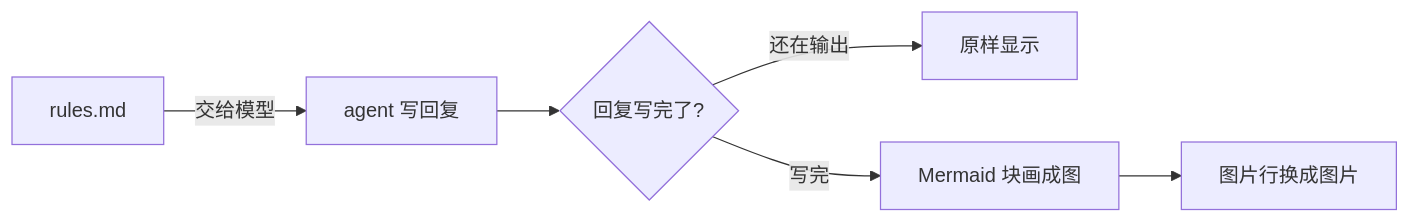
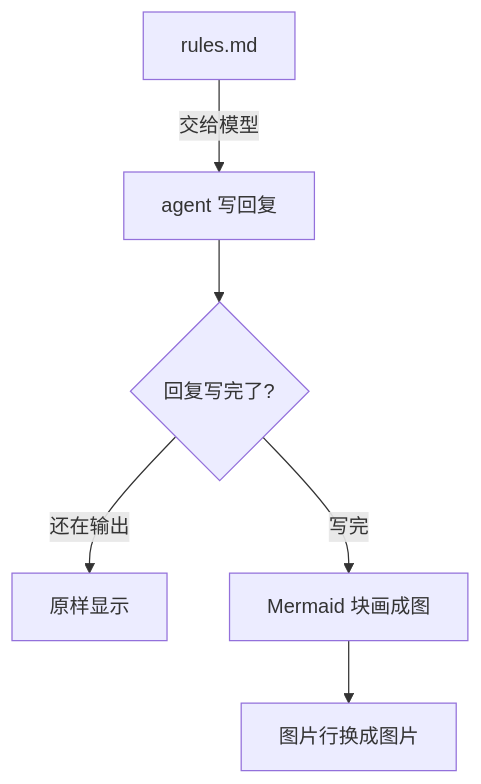
One commit to suyuan2022/agent-visual changed the diagram in README.zh-CN.md. Above: the diagram before and after it, drawn with Mermaid. The commit also changed 5 other files, not shown here.

Commit message:
docs: transparent screenshot corners, top-down how-it-works diagram

````diff
--- a/README.zh-CN.md
+++ b/README.zh-CN.md
@@ -126,8 +126,8 @@
 ```mermaid
-flowchart LR
+flowchart TD
     R[rules.md] -->|交给模型| M[agent 写回复]
     M --> T{回复写完了?}
     T -->|还在输出| S[原样显示]
     T -->|写完| D[Mermaid 块画成图]
     D --> I[图片行换成图片]
 ```
````
